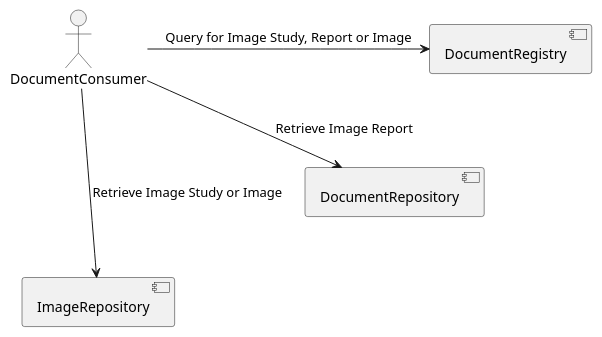
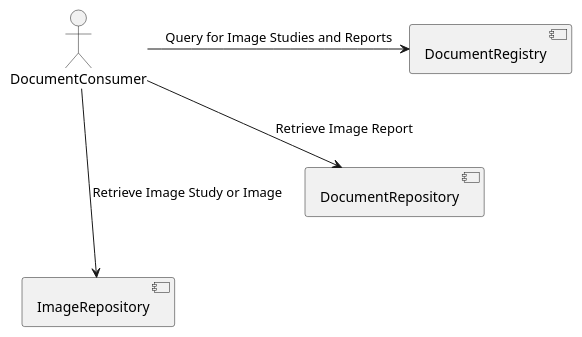
The diagram in input/images-source/component-radiology-retrieve.plantuml (NHSDigital/national-imaging-repository-specification), drawn with PlantUML before and after one commit. The commit also changed 2 other files, not shown here.

```diff
--- a/input/images-source/component-radiology-retrieve.plantuml
+++ b/input/images-source/component-radiology-retrieve.plantuml
@@ -1,25 +1,25 @@
 @startuml
 
 
 
 actor DocumentConsumer
 
 
 
 
 
 component DocumentRegistry
 component DocumentRepository
 component ImageRepository
 
 DocumentRegistry -d[hidden]- DocumentRepository
 DocumentRepository -d[hidden]- ImageRepository
 
 
-DocumentConsumer -r-> DocumentRegistry : Query for Image Study, Report or Image
+DocumentConsumer -r-> DocumentRegistry : Query for Image Studies and Reports
 DocumentConsumer -r-> DocumentRepository : Retrieve Image Report
 DocumentConsumer -r-> ImageRepository : Retrieve Image Study or Image
 
 
 
 @enduml
```
